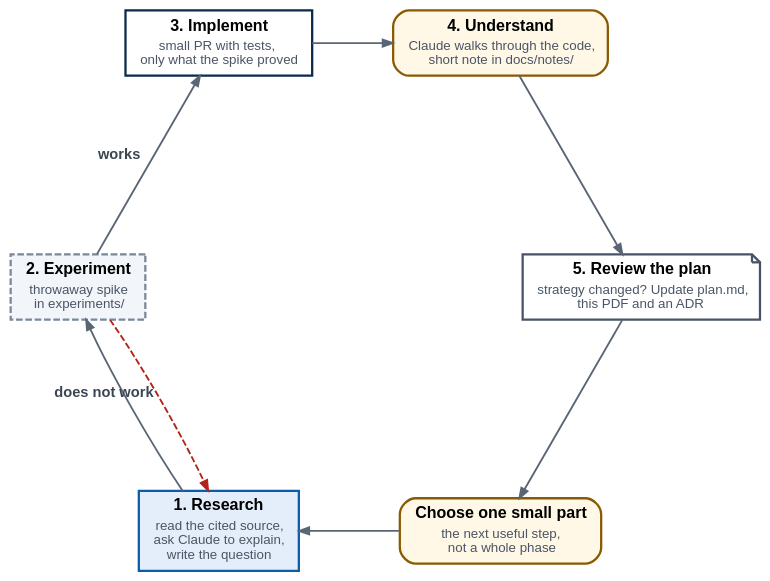
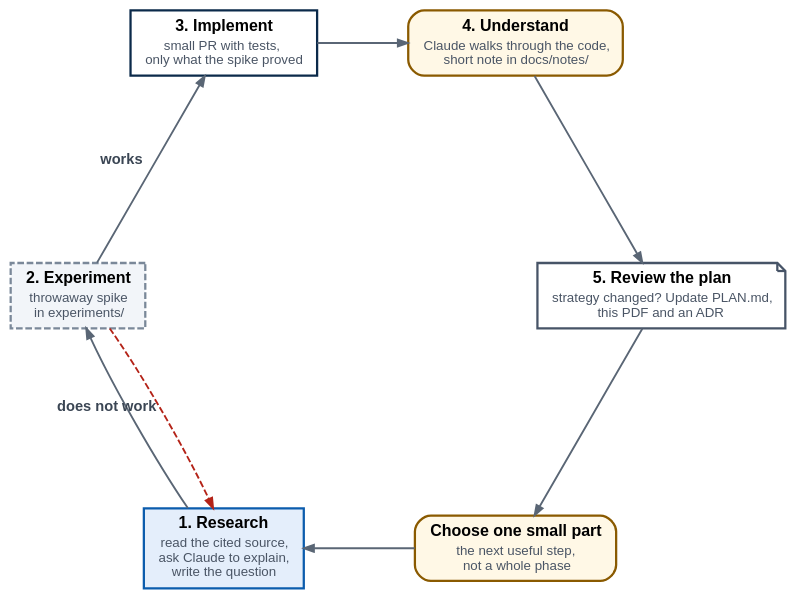
One commit to raksha-gurzu/seo-advisor changed the diagram in requirements/diagrams/method.dot. Above: the diagram before and after it, drawn with Graphviz. The commit also changed 21 other files, not shown here.

Commit message:
Rebuild requirements PDF for the new plan

```diff
--- a/requirements/diagrams/method.dot
+++ b/requirements/diagrams/method.dot
@@ -1,20 +1,20 @@
 digraph G {
   graph [rankdir=TB fontname="Arial" nodesep=0.4 ranksep=0.4 splines=spline bgcolor="transparent"
          pad=0.15 newrank=true compound=true];
   node  [fontname="Arial" fontsize=12 margin="0.14,0.07"];
   edge  [fontname="Arial" fontsize=11 color="#5a6675" penwidth=1.4 arrowsize=0.75];
   graph [layout=circo mindist=0.6];
   Q [label=<<TABLE BORDER="0" CELLSPACING="0" CELLPADDING="1"><TR><TD><B>Choose one small part</B></TD></TR><TR><TD><FONT POINT-SIZE="10" COLOR="#4a5565">the next useful step,<BR/>not a whole phase</FONT></TD></TR></TABLE>> shape="box" style="rounded,filled,bold" fillcolor="#fff8e6" color="#8a5a00" penwidth=1.7];
   R1 [label=<<TABLE BORDER="0" CELLSPACING="0" CELLPADDING="1"><TR><TD><B>1. Research</B></TD></TR><TR><TD><FONT POINT-SIZE="10" COLOR="#4a5565">read the cited source,<BR/>ask Claude to explain,<BR/>write the question</FONT></TD></TR></TABLE>> shape="box" style="filled" fillcolor="#e4eefb" color="#0b5cad" penwidth=1.7];
   E1 [label=<<TABLE BORDER="0" CELLSPACING="0" CELLPADDING="1"><TR><TD><B>2. Experiment</B></TD></TR><TR><TD><FONT POINT-SIZE="10" COLOR="#4a5565">throwaway spike<BR/>in experiments/</FONT></TD></TR></TABLE>> shape="box" style="filled,dashed" fillcolor="#f2f5f9" color="#7a8899" penwidth=1.7];
   I1 [label=<<TABLE BORDER="0" CELLSPACING="0" CELLPADDING="1"><TR><TD><B>3. Implement</B></TD></TR><TR><TD><FONT POINT-SIZE="10" COLOR="#4a5565">small PR with tests,<BR/>only what the spike proved</FONT></TD></TR></TABLE>> shape="box" style="filled" fillcolor="#ffffff" color="#0b2a4a" penwidth=1.7];
   U1 [label=<<TABLE BORDER="0" CELLSPACING="0" CELLPADDING="1"><TR><TD><B>4. Understand</B></TD></TR><TR><TD><FONT POINT-SIZE="10" COLOR="#4a5565">Claude walks through the code,<BR/>short note in docs/notes/</FONT></TD></TR></TABLE>> shape="box" style="rounded,filled,bold" fillcolor="#fff8e6" color="#8a5a00" penwidth=1.7];
-  UP [label=<<TABLE BORDER="0" CELLSPACING="0" CELLPADDING="1"><TR><TD><B>5. Review the plan</B></TD></TR><TR><TD><FONT POINT-SIZE="10" COLOR="#4a5565">strategy changed? Update plan.md,<BR/>this PDF and an ADR</FONT></TD></TR></TABLE>> shape="note" style="filled" fillcolor="#ffffff" color="#475467" penwidth=1.7];
+  UP [label=<<TABLE BORDER="0" CELLSPACING="0" CELLPADDING="1"><TR><TD><B>5. Review the plan</B></TD></TR><TR><TD><FONT POINT-SIZE="10" COLOR="#4a5565">strategy changed? Update PLAN.md,<BR/>this PDF and an ADR</FONT></TD></TR></TABLE>> shape="note" style="filled" fillcolor="#ffffff" color="#475467" penwidth=1.7];
   Q -> R1 [];
   R1 -> E1 [];
   E1 -> I1 [label=<<B> works </B>> fontcolor="#3b4654"];
   I1 -> U1 [];
   U1 -> UP [];
   UP -> Q [];
   E1 -> R1 [style="dashed" color="#b42318" label=<<B> does not work </B>> fontcolor="#3b4654"];
 }
```
